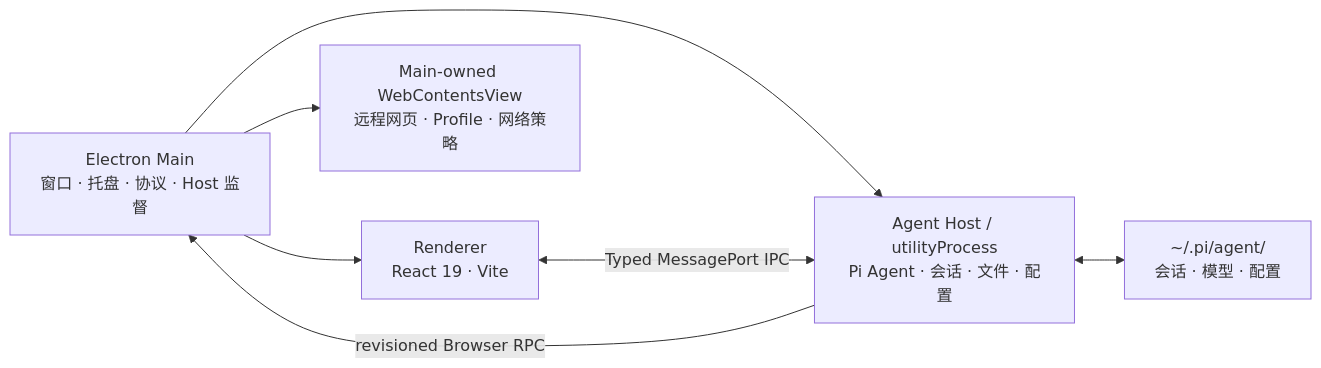
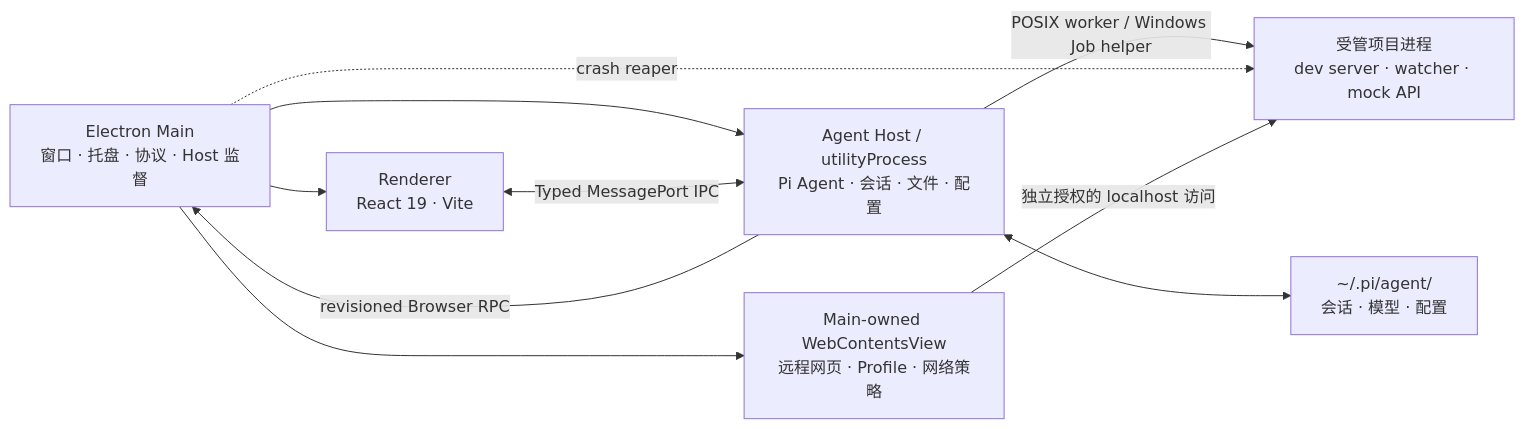
Before and after one commit to DLYZZT/pi-desktop: the diagram in README.md, drawn with Mermaid. The commit also changed other lines of this file and 3 other files, not shown here.

````diff
--- a/README.md
+++ b/README.md
@@ -151,15 +161,19 @@
 ```mermaid
 flowchart LR
     Main["Electron Main<br/>窗口 · 托盘 · 协议 · Host 监督"]
     Host["Agent Host / utilityProcess<br/>Pi Agent · 会话 · 文件 · 配置"]
     UI["Renderer<br/>React 19 · Vite"]
     Browser["Main-owned WebContentsView<br/>远程网页 · Profile · 网络策略"]
+    Processes["受管项目进程<br/>dev server · watcher · mock API"]
     Data["~/.pi/agent/<br/>会话 · 模型 · 配置"]
 
     Main --> Host
     Main --> UI
     Main --> Browser
     Host -->|"revisioned Browser RPC"| Main
+    Host -->|"POSIX worker / Windows Job helper"| Processes
+    Main -.->|"crash reaper"| Processes
+    Browser -->|"独立授权的 localhost 访问"| Processes
     UI <-->|"Typed MessagePort IPC"| Host
     Host <--> Data
 ```
````
